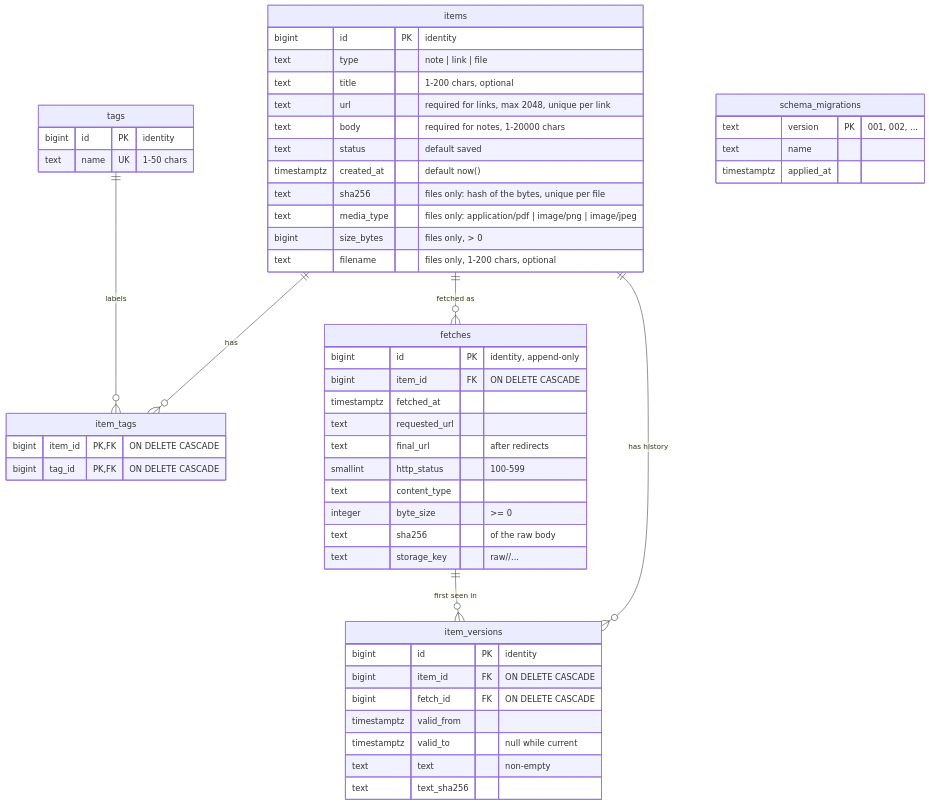
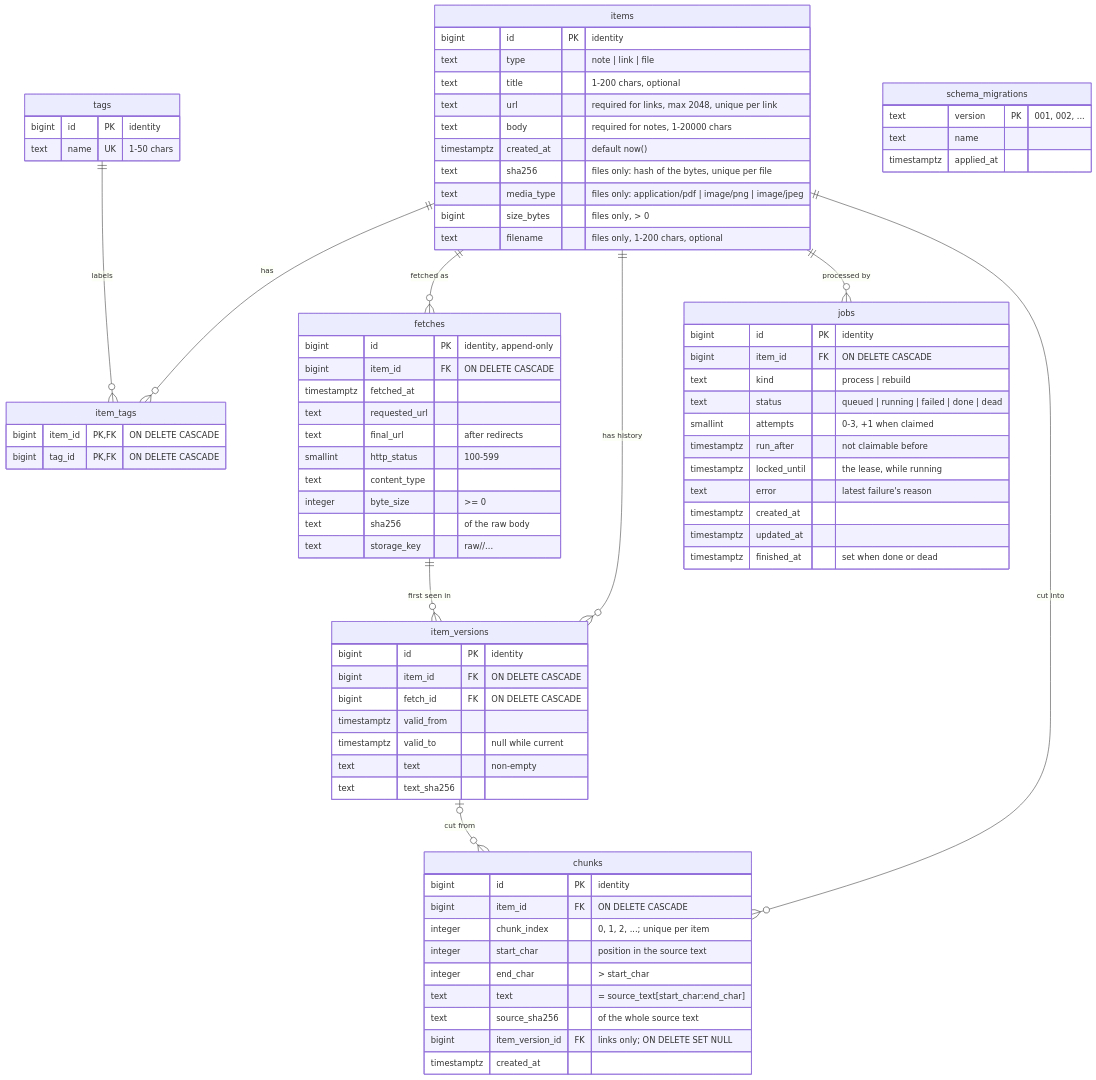
Before and after one commit to sxnfer/mind-dump: the diagram in docs/schema.md, drawn with Mermaid. The commit also changed other lines of this file and 3 other files, not shown here.

Commit message:
Docs: P3 schema, M3 tasks, proof track and status

````diff
--- a/docs/schema.md
+++ b/docs/schema.md
@@ -7,56 +7,82 @@
 ```mermaid
 erDiagram
     items ||--o{ item_tags : "has"
     tags  ||--o{ item_tags : "labels"
     items ||--o{ fetches : "fetched as"
     items ||--o{ item_versions : "has history"
     fetches ||--o{ item_versions : "first seen in"
+    items ||--o{ jobs : "processed by"
+    items ||--o{ chunks : "cut into"
+    item_versions |o--o{ chunks : "cut from"
 
     items {
         bigint      id PK "identity"
         text        type "note | link | file"
         text        title "1-200 chars, optional"
         text        url "required for links, max 2048, unique per link"
         text        body "required for notes, 1-20000 chars"
-        text        status "default saved"
         timestamptz created_at "default now()"
         text        sha256 "files only: hash of the bytes, unique per file"
         text        media_type "files only: application/pdf | image/png | image/jpeg"
         bigint      size_bytes "files only, > 0"
         text        filename "files only, 1-200 chars, optional"
     }
     fetches {
         bigint      id PK "identity, append-only"
         bigint      item_id FK "ON DELETE CASCADE"
         timestamptz fetched_at
         text        requested_url
         text        final_url "after redirects"
         smallint    http_status "100-599"
         text        content_type
         integer     byte_size ">= 0"
         text        sha256 "of the raw body"
         text        storage_key "raw/<item_id>/..."
     }
     item_versions {
         bigint      id PK "identity"
         bigint      item_id FK "ON DELETE CASCADE"
         bigint      fetch_id FK "ON DELETE CASCADE"
         timestamptz valid_from
         timestamptz valid_to "null while current"
         text        text "non-empty"
         text        text_sha256
     }
+    jobs {
+        bigint      id PK "identity"
+        bigint      item_id FK "ON DELETE CASCADE"
+        text        kind "process | rebuild"
+        text        status "queued | running | failed | done | dead"
+        smallint    attempts "0-3, +1 when claimed"
+        timestamptz run_after "not claimable before"
+        timestamptz locked_until "the lease, while running"
+        text        error "latest failure's reason"
+        timestamptz created_at
+        timestamptz updated_at
+        timestamptz finished_at "set when done or dead"
+    }
+    chunks {
+        bigint      id PK "identity"
+        bigint      item_id FK "ON DELETE CASCADE"
+        integer     chunk_index "0, 1, 2, ...; unique per item"
+        integer     start_char "position in the source text"
+        integer     end_char "> start_char"
+        text        text "= source_text[start_char:end_char]"
+        text        source_sha256 "of the whole source text"
+        bigint      item_version_id FK "links only; ON DELETE SET NULL"
+        timestamptz created_at
+    }
     tags {
         bigint id PK "identity"
         text   name UK "1-50 chars"
     }
     item_tags {
         bigint item_id PK, FK "ON DELETE CASCADE"
         bigint tag_id  PK, FK "ON DELETE CASCADE"
     }
     schema_migrations {
         text        version PK "001, 002, ..."
         text        name
         timestamptz applied_at
     }
 ```
````
